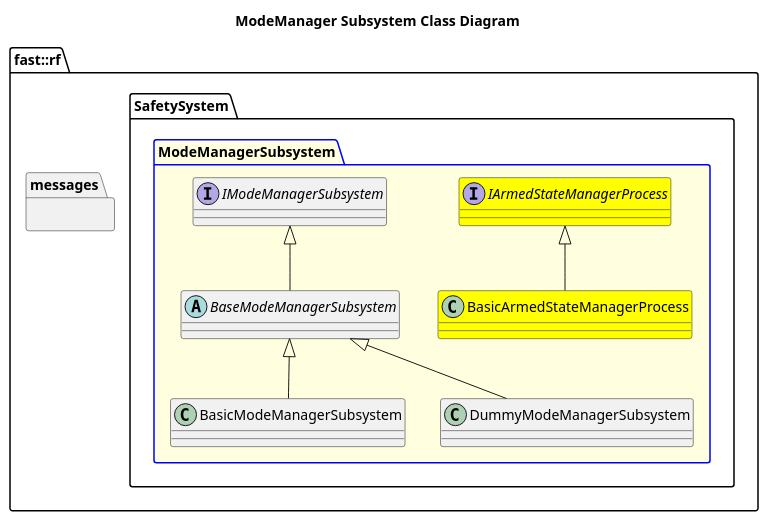
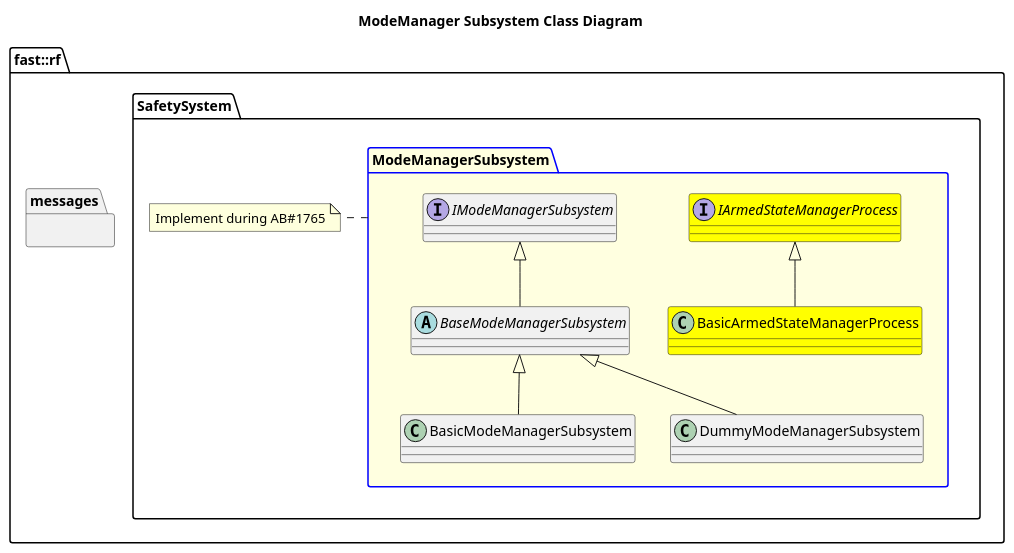
Before and after one commit to fastrobotics/robot_framework: the diagram in Systems/Safety/Subsystems/ModeManager/doc/puml/ModeManagerSubsystemClassDiagram.puml, drawn with PlantUML. The commit also changed 11 other files, not shown here.

```diff
--- a/Systems/Safety/Subsystems/ModeManager/doc/puml/ModeManagerSubsystemClassDiagram.puml
+++ b/Systems/Safety/Subsystems/ModeManager/doc/puml/ModeManagerSubsystemClassDiagram.puml
@@ -1,30 +1,33 @@
 @startuml
 title ModeManager Subsystem Class Diagram
 namespace fast::rf {
   namespace messages {
   }
   namespace SafetySystem {
     package ModeManagerSubsystem #LightYellow;line:blue {
       interface IModeManagerSubsystem {
 
       }
       abstract BaseModeManagerSubsystem {
 
       }
       BaseModeManagerSubsystem -up-|> IModeManagerSubsystem
       class BasicModeManagerSubsystem {
       }
       BasicModeManagerSubsystem -up-|> BaseModeManagerSubsystem
       class DummyModeManagerSubsystem {
       }
       DummyModeManagerSubsystem -up-|> BaseModeManagerSubsystem
       interface IArmedStateManagerProcess #Yellow {
 
       }
       class BasicArmedStateManagerProcess #Yellow {
       }
       BasicArmedStateManagerProcess -up-|> IArmedStateManagerProcess
     }
+    note right of ModeManagerSubsystem
+    Implement during AB#1765
+    end note
   }
 }
 @enduml
```
